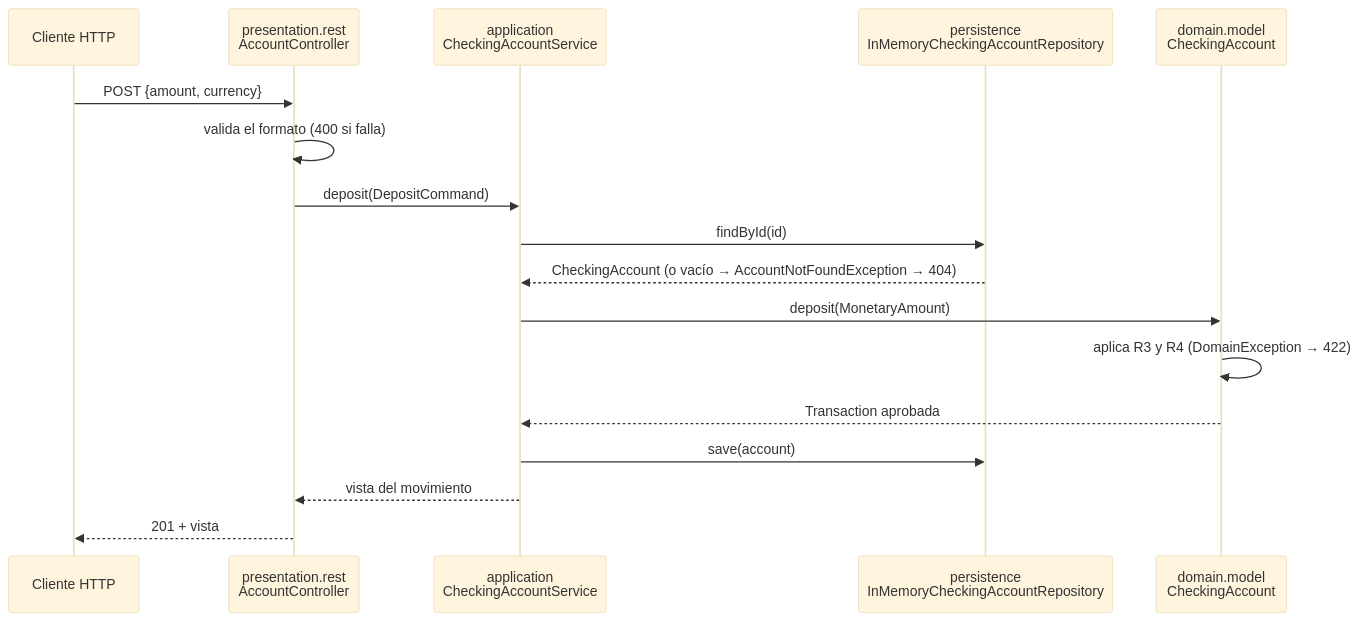
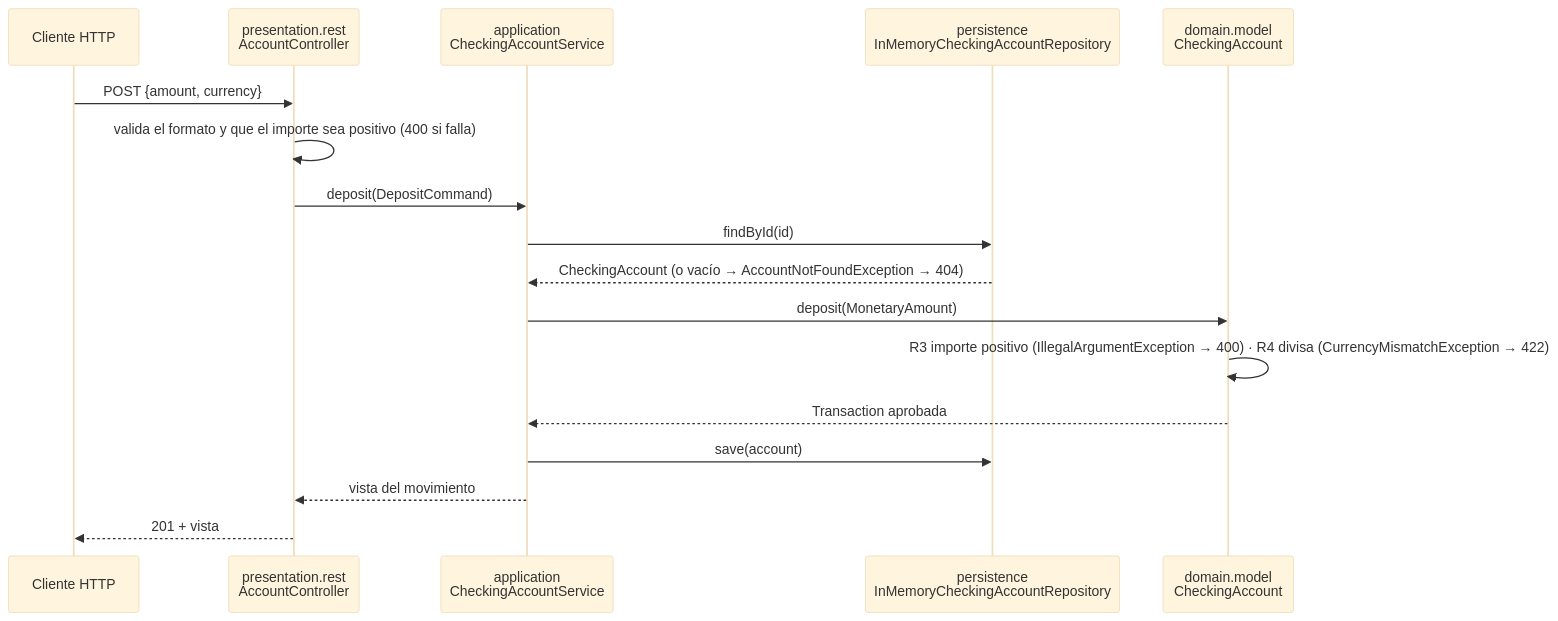
Before and after one commit to dawnrock/Proyect-DDD-Claude: the second of 2 diagrams in docs/arquitectura/fase-1-capas.md, drawn with Mermaid (base theme). The commit also changed other lines of this file and 3 other files, not shown here.

````diff
--- a/docs/arquitectura/fase-1-capas.md
+++ b/docs/arquitectura/fase-1-capas.md
@@ -45,19 +45,19 @@
 ```mermaid
 sequenceDiagram
     participant C as Cliente HTTP
     participant RC as presentation.rest<br/>AccountController
     participant AS as application<br/>CheckingAccountService
     participant RP as persistence<br/>InMemoryCheckingAccountRepository
     participant AG as domain.model<br/>CheckingAccount
     C->>RC: POST {amount, currency}
-    RC->>RC: valida el formato (400 si falla)
+    RC->>RC: valida el formato y que el importe sea positivo (400 si falla)
     RC->>AS: deposit(DepositCommand)
     AS->>RP: findById(id)
     RP-->>AS: CheckingAccount (o vacío → AccountNotFoundException → 404)
     AS->>AG: deposit(MonetaryAmount)
-    AG->>AG: aplica R3 y R4 (DomainException → 422)
+    AG->>AG: R3 importe positivo (IllegalArgumentException → 400) · R4 divisa (CurrencyMismatchException → 422)
     AG-->>AS: Transaction aprobada
     AS->>RP: save(account)
     AS-->>RC: vista del movimiento
     RC-->>C: 201 + vista
 ```
````
